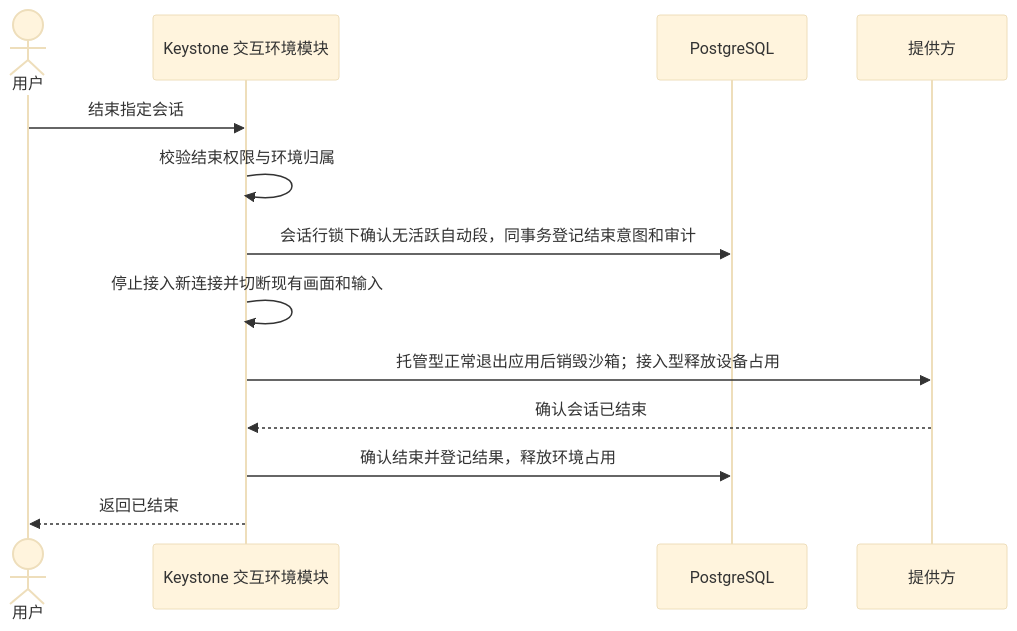
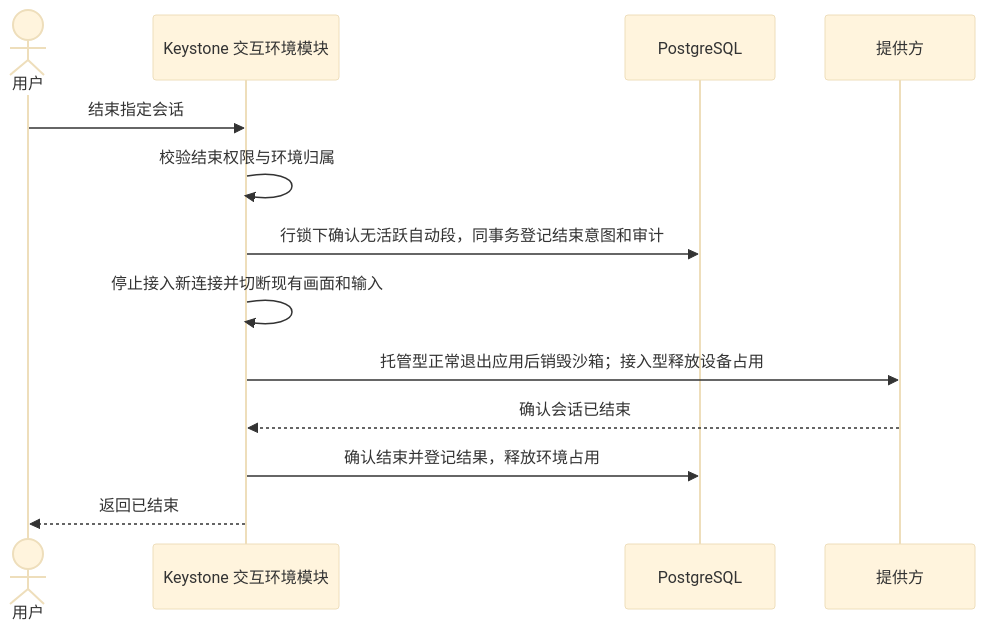
The fourth of 6 diagrams in docs/domains/environments/README.md (pfjhyyj/keystone), drawn with Mermaid (base theme) before and after one commit. The commit also changed other lines of this file and 17 other files, not shown here.

````diff
--- a/docs/domains/environments/README.md
+++ b/docs/domains/environments/README.md
@@ -142,15 +142,15 @@
 ```mermaid
 sequenceDiagram
     actor U as 用户
     participant K as Keystone 交互环境模块
     participant D as PostgreSQL
     participant P as 提供方
     U->>K: 结束指定会话
     K->>K: 校验结束权限与环境归属
-    K->>D: 会话行锁下确认无活跃自动段，同事务登记结束意图和审计
+    K->>D: 行锁下确认无活跃自动段，同事务登记结束意图和审计
     K->>K: 停止接入新连接并切断现有画面和输入
     K->>P: 托管型正常退出应用后销毁沙箱；接入型释放设备占用
     P-->>K: 确认会话已结束
     K->>D: 确认结束并登记结果，释放环境占用
     K-->>U: 返回已结束
 ```
````
